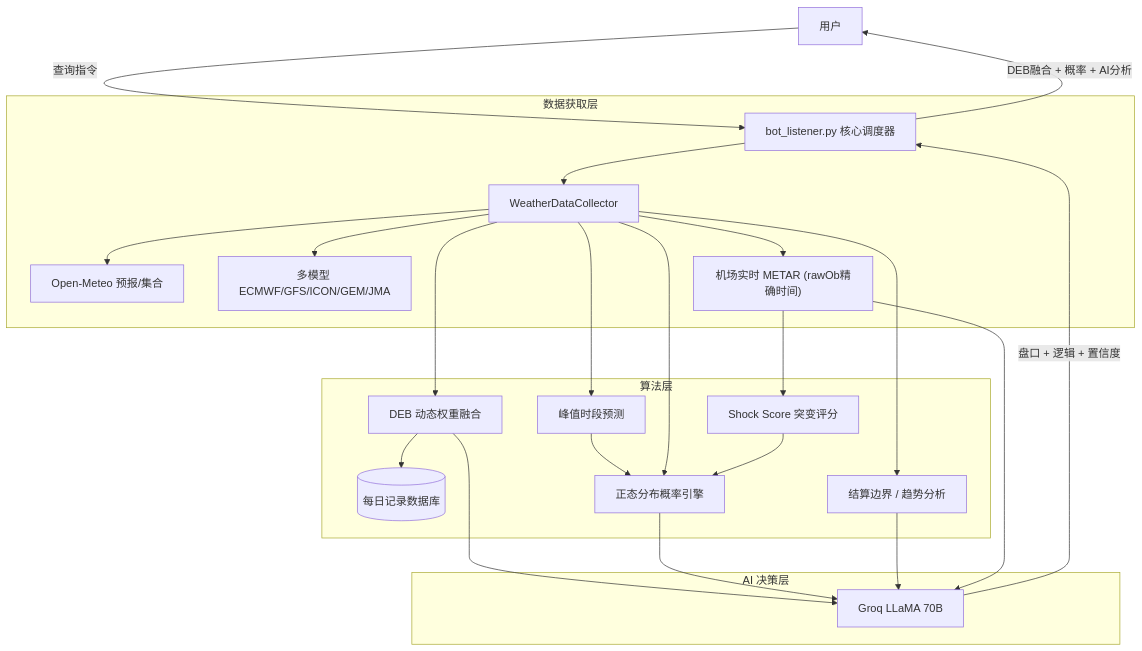
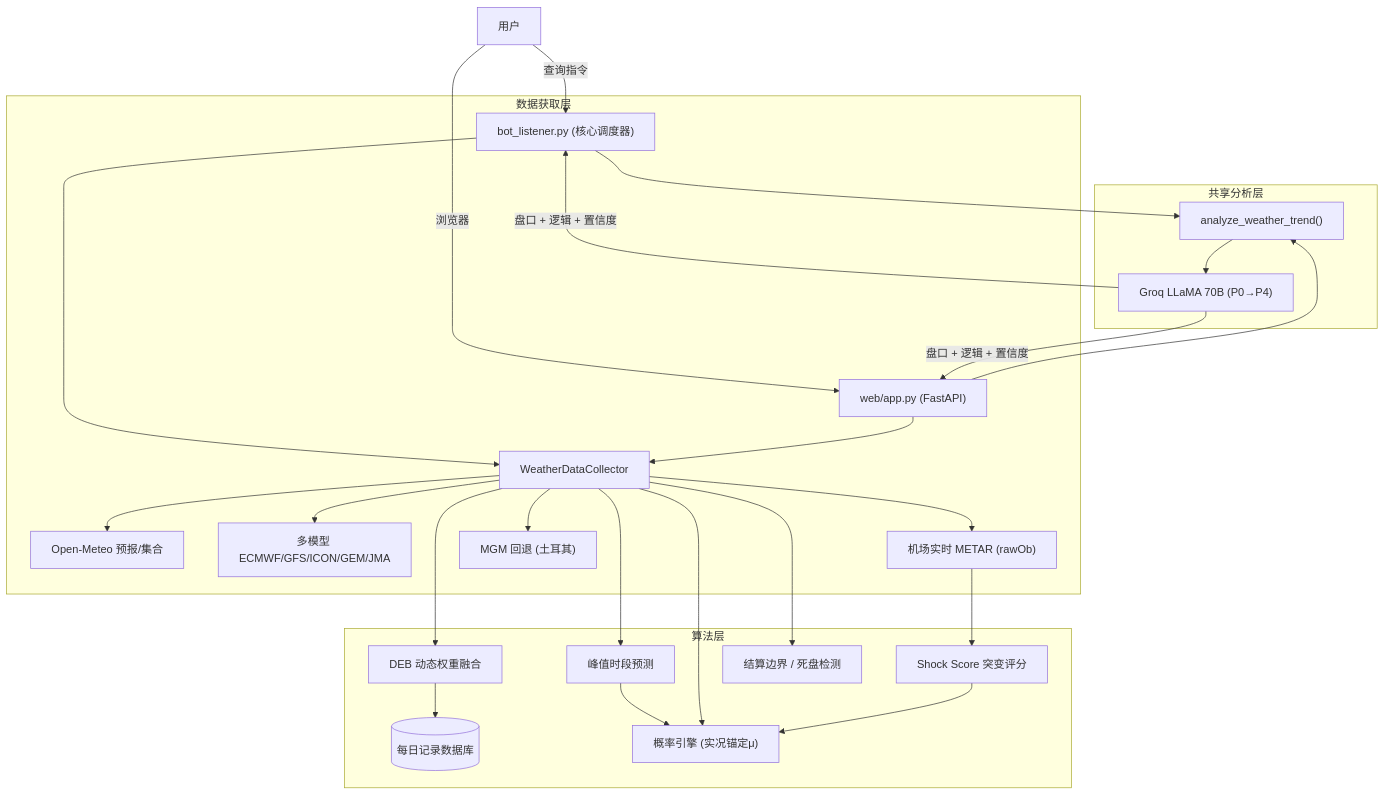
One commit to ivanmladek/PolyWeather changed the diagram in README_ZH.md. Above: the diagram before and after it, drawn with Mermaid. The commit also changed other lines of this file and 1 other file, not shown here.

Commit message:
docs: full README rewrite reflecting current architecture and capabilities

````diff
--- a/README_ZH.md
+++ b/README_ZH.md
@@ -149,32 +152,34 @@
 ```mermaid
 graph TD
-    User[用户] -->|查询指令| Bot[bot_listener.py 核心调度器]
+    User[用户] -->|查询指令| Bot["bot_listener.py (核心调度器)"]
+    User -->|浏览器| Web["web/app.py (FastAPI)"]
 
     subgraph 数据获取层
         Bot --> Collector[WeatherDataCollector]
+        Web --> Collector
         Collector --> OM[Open-Meteo 预报/集合]
         Collector --> MM[多模型 ECMWF/GFS/ICON/GEM/JMA]
-        Collector --> METAR["机场实时 METAR (rawOb精确时间)"]
+        Collector --> METAR["机场实时 METAR (rawOb)"]
+        Collector --> MGM["MGM 回退 (土耳其)"]
     end
 
     subgraph 算法层
         Collector --> Peak[峰值时段预测]
         Collector --> DEB[DEB 动态权重融合]
         DEB --> DB[(每日记录数据库)]
-        Peak --> Prob[正态分布概率引擎]
+        Peak --> Prob["概率引擎 (实况锚定μ)"]
         Collector --> Prob
         METAR --> Shock[Shock Score 突变评分]
         Shock --> Prob
-        Collector --> Logic[结算边界 / 趋势分析]
+        Collector --> Logic["结算边界 / 死盘检测"]
     end
 
-    subgraph AI 决策层
-        DEB --> AI[Groq LLaMA 70B]
-        Prob --> AI
-        Logic --> AI
-        METAR --> AI
+    subgraph 共享分析层
+        Bot --> ATF["analyze_weather_trend()"]
+        Web --> ATF
+        ATF --> AI["Groq LLaMA 70B (P0→P4)"]
     end
 
     AI -->|盘口 + 逻辑 + 置信度| Bot
-    Bot -->|DEB融合 + 概率 + AI分析| User
+    AI -->|盘口 + 逻辑 + 置信度| Web
 ```
````
